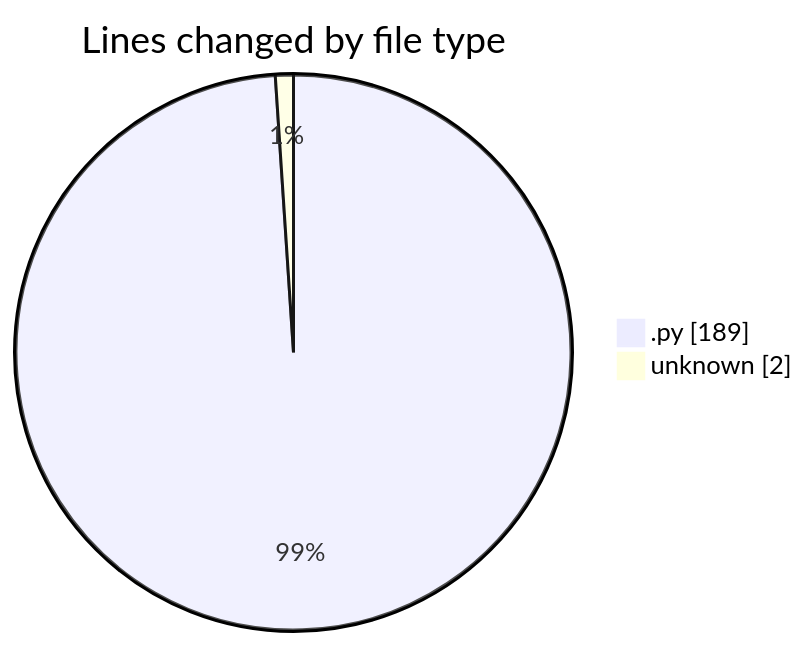
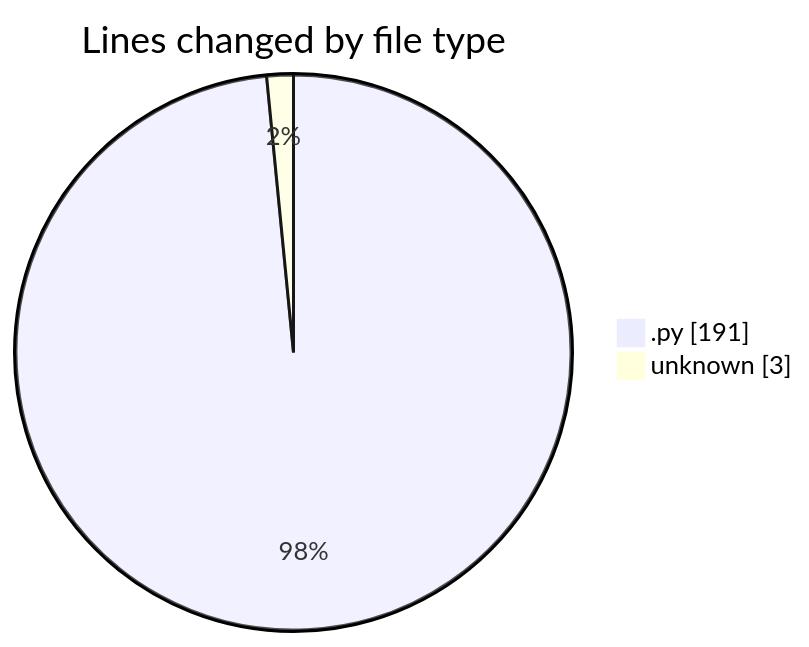
The first of 2 diagrams in 2025-01-21/monteur_automatique/README.md (CELIANVF/code-tracking), drawn with Mermaid before and after one commit. The commit also changed other lines of this file and 1 other file, not shown here.

````diff
--- a/2025-01-21/monteur_automatique/README.md
+++ b/2025-01-21/monteur_automatique/README.md
@@ -23,6 +23,6 @@
 ```mermaid
 pie showData
 title Lines changed by file type
-".py" : 189
-"unknown" : 2
+".py" : 191
+"unknown" : 3
 ```
````
